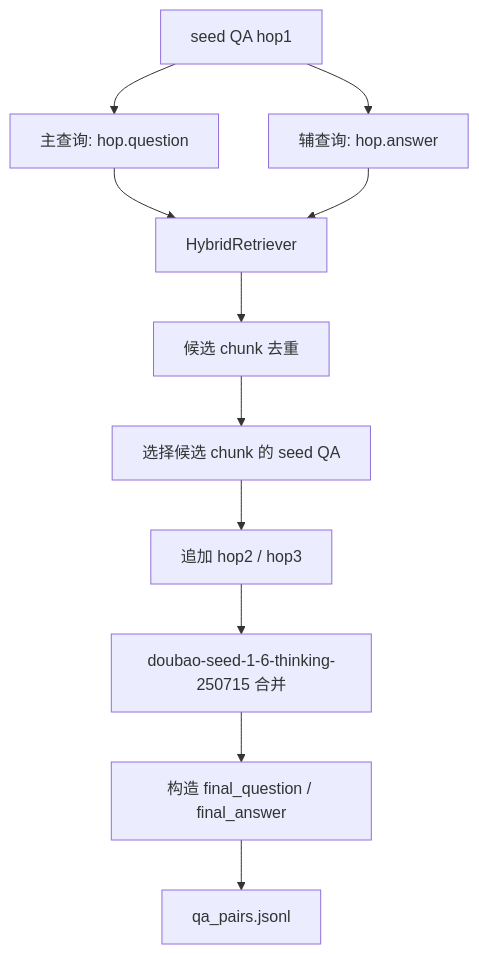
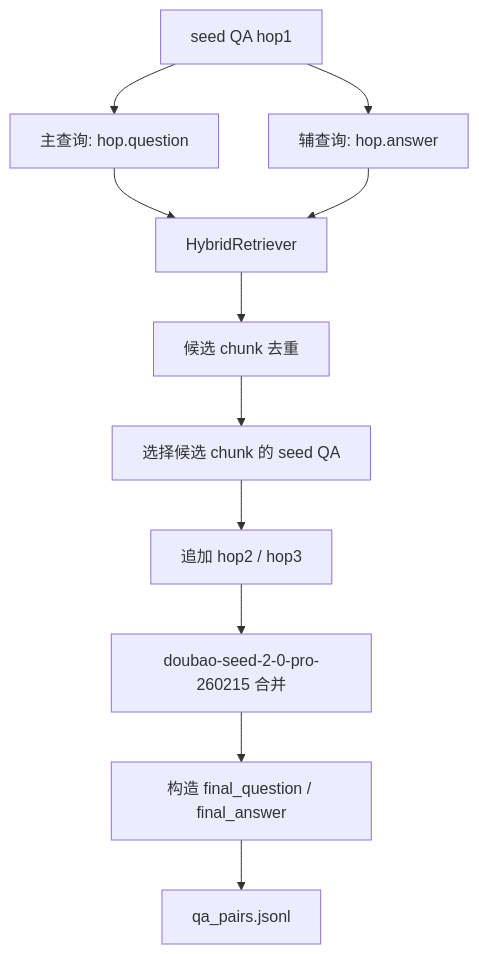
One commit to Lafinger/AgenticRAG-RL changed the sixth of 16 diagrams in demo/README.md. Above: the diagram before and after it, drawn with Mermaid. The commit also changed other lines of this file and 4 other files, not shown here.

Commit message:
Step 4 多跳合并模型改成 doubao-seed-2-0-pro-260215

````diff
--- a/demo/README.md
+++ b/demo/README.md
@@ -299,13 +299,13 @@
 ```mermaid
 flowchart TD
     A["seed QA hop1"] --> B["主查询: hop.question"]
     A --> C["辅查询: hop.answer"]
     B --> D["HybridRetriever"]
     C --> D
     D --> E["候选 chunk 去重"]
     E --> F["选择候选 chunk 的 seed QA"]
     F --> G["追加 hop2 / hop3"]
-    G --> H["doubao-seed-1-6-thinking-250715 合并"]
+    G --> H["doubao-seed-2-0-pro-260215 合并"]
     H --> I["构造 final_question / final_answer"]
     I --> J["qa_pairs.jsonl"]
 ```
````
